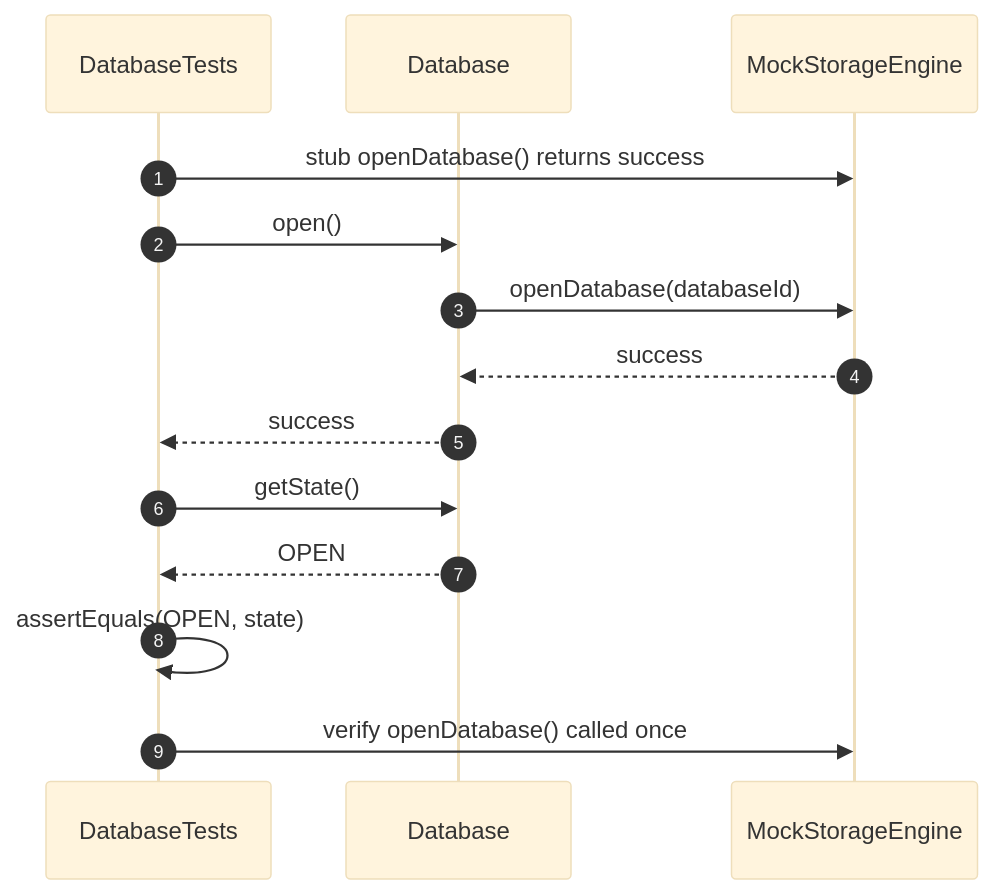
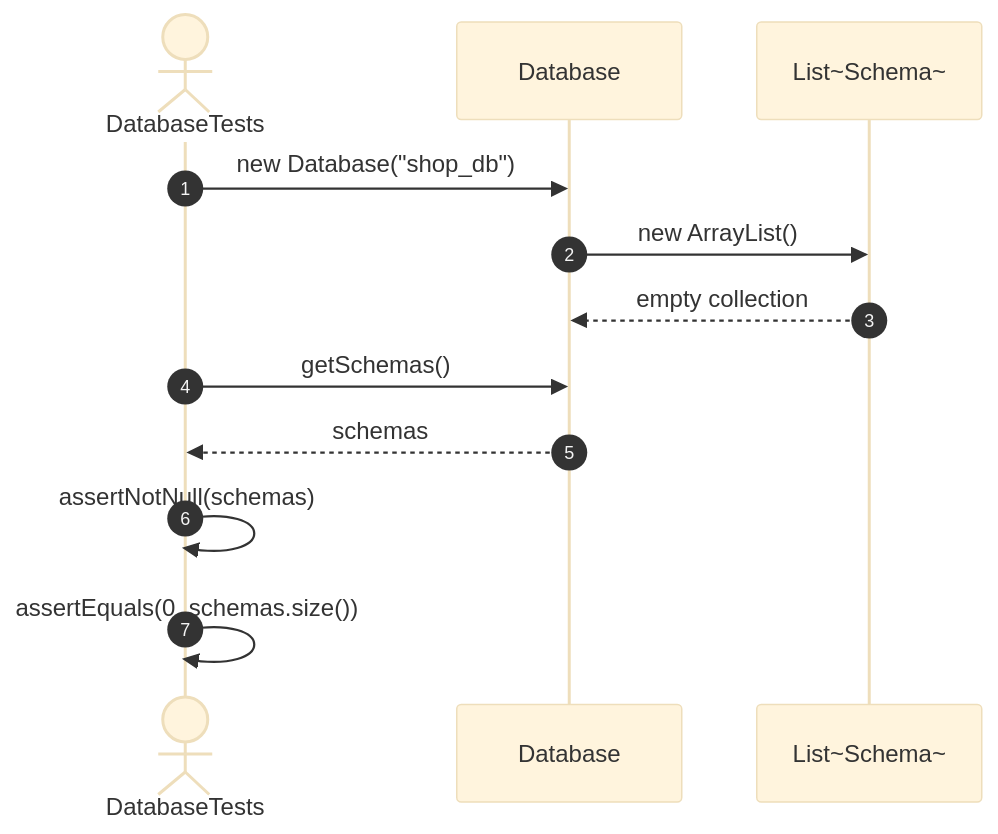
Before and after one commit to FhuAnn/-bbv-AN-s-DBMS: the fourth of 41 diagrams in src/tests/unit/database/sequences/database-testing.se.md, drawn with Mermaid (base theme). The commit also changed other lines of this file and 60 other files, not shown here.

````diff
--- a/src/tests/unit/database/sequences/database-testing.se.md
+++ b/src/tests/unit/database/sequences/database-testing.se.md
@@ -80,21 +111,18 @@
 ```mermaid
 sequenceDiagram
     autonumber
 
-    participant Test as DatabaseTests
-    participant Database
-    participant Storage as MockStorageEngine
+    actor Test as DatabaseTests
+    participant DB as Database
+    participant Schemas as List~Schema~
 
-    Test->>Storage: stub openDatabase() returns success
-    Test->>Database: open()
+    Test->>DB: new Database("shop_db")
+    DB->>Schemas: new ArrayList()
+    Schemas-->>DB: empty collection
 
-    Database->>Storage: openDatabase(databaseId)
-    Storage-->>Database: success
-    Database-->>Test: success
+    Test->>DB: getSchemas()
+    DB-->>Test: schemas
 
-    Test->>Database: getState()
-    Database-->>Test: OPEN
-
-    Test->>Test: assertEquals(OPEN, state)
-    Test->>Storage: verify openDatabase() called once
+    Test->>Test: assertNotNull(schemas)
+    Test->>Test: assertEquals(0, schemas.size())
 ```
````
